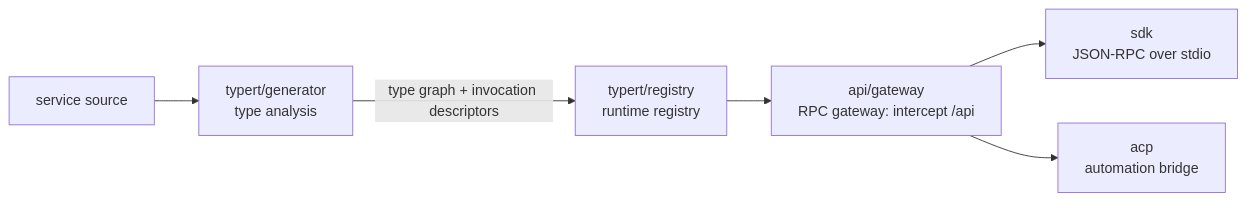
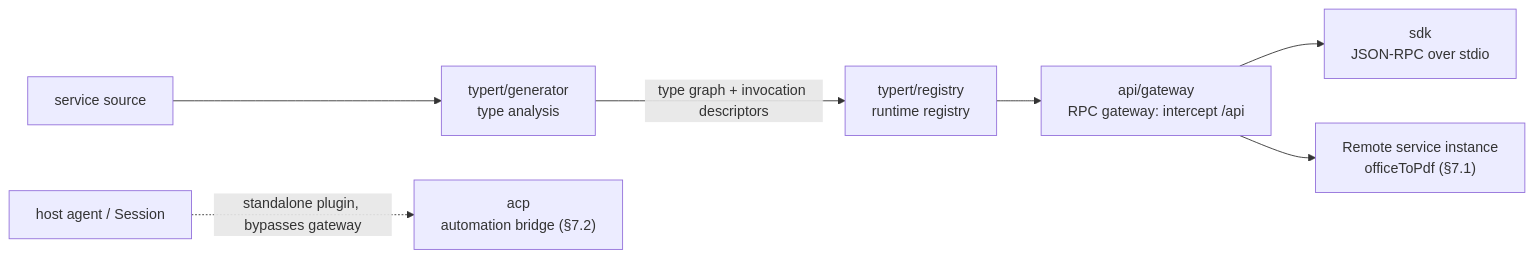
Before and after one commit to ChenYu1991ppak/deepseek-harness-anatomy: the first of 2 diagrams in ch16/ch16-typert-api-sdk_en.md, drawn with Mermaid. The commit also changed other lines of this file and 124 other files, not shown here.

````diff
--- a/ch16/ch16-typert-api-sdk_en.md
+++ b/ch16/ch16-typert-api-sdk_en.md
@@ -54,8 +56,9 @@
 ```mermaid
 flowchart LR
     SRC["service source"] --> GEN["typert/generator<br/>type analysis"]
     GEN -->|type graph + invocation descriptors| REG["typert/registry<br/>runtime registry"]
     REG --> GW["api/gateway<br/>RPC gateway: intercept /api"]
     GW --> SDK["sdk<br/>JSON-RPC over stdio"]
-    GW --> ACP["acp<br/>automation bridge"]
+    GW --> REM["Remote service instance<br/>officeToPdf (§7.1)"]
+    AG["host agent / Session"] -.->|standalone plugin, bypasses gateway| ACP["acp<br/>automation bridge (§7.2)"]
 ```
````
